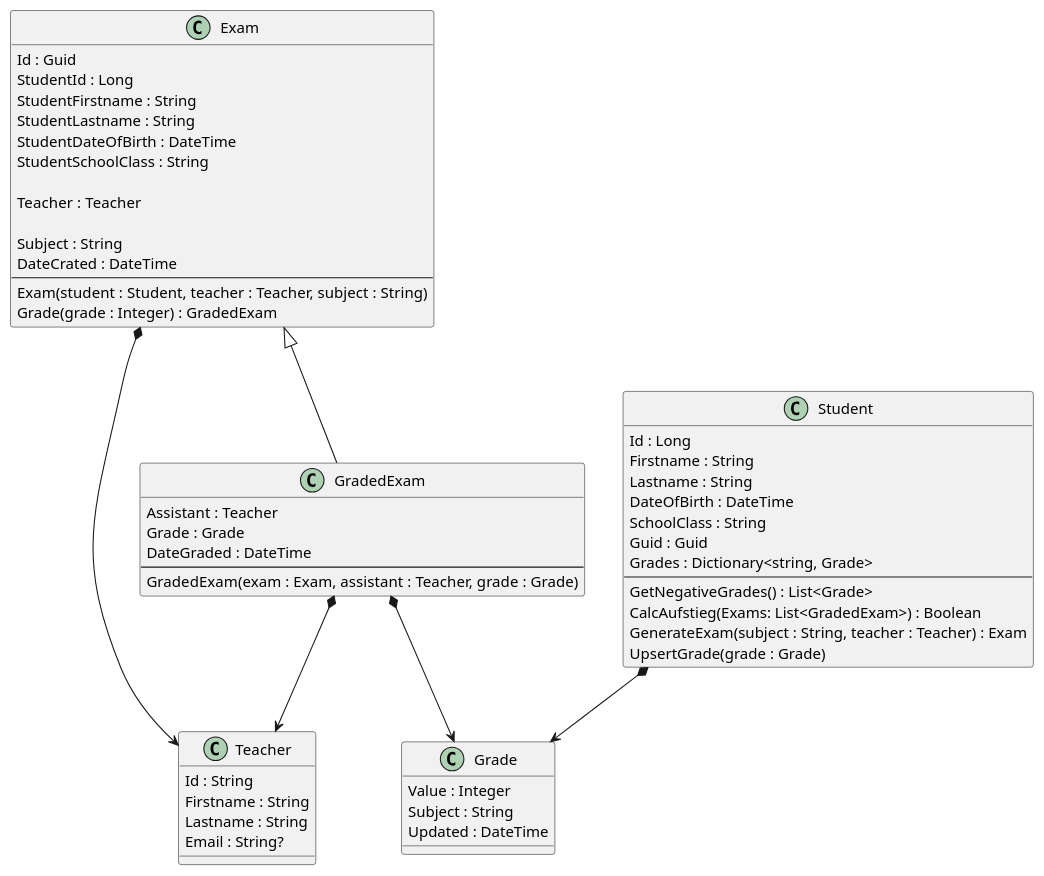
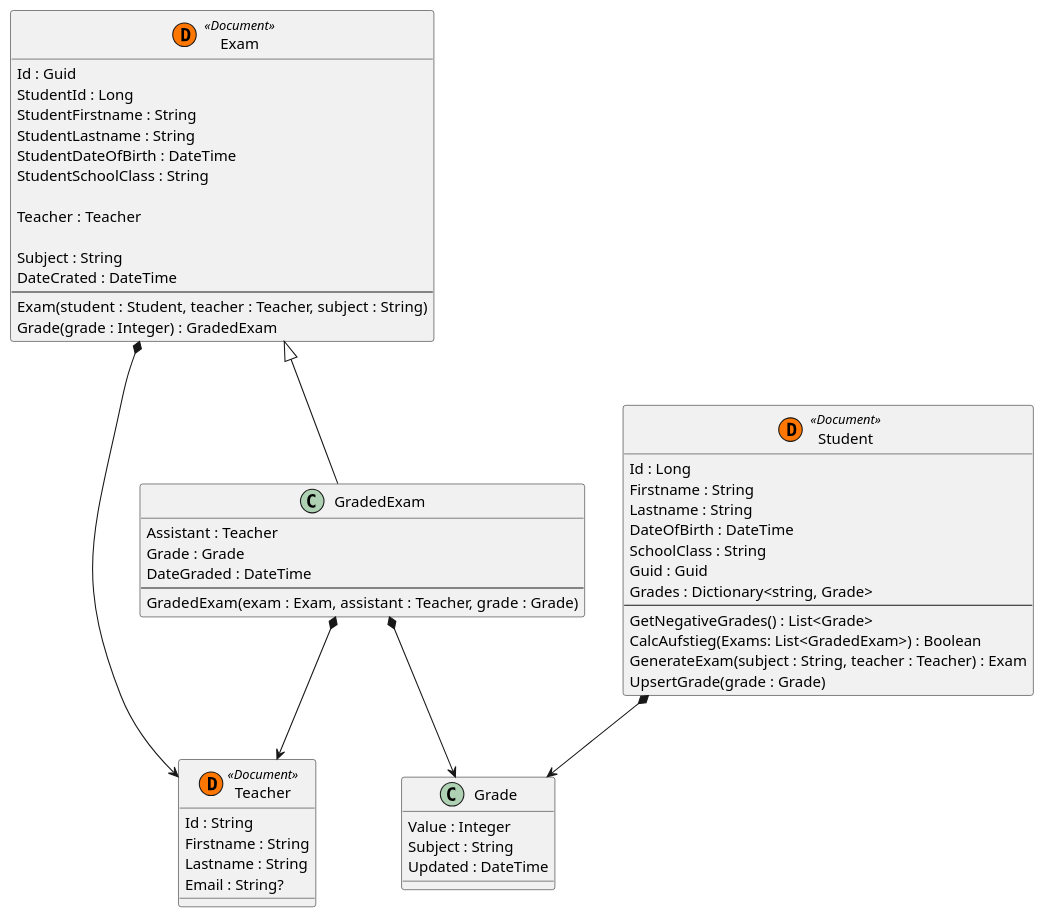
One commit to schletz/Dbi3Sem changed the diagram in 13_NoSQL/Projekt Pruefungsverwaltung/01 Modell.md. Above: the diagram before and after it, drawn with PlantUML. The commit also changed 2 other files, not shown here.

````diff
--- a/13_NoSQL/Projekt Pruefungsverwaltung/01 Modell.md
+++ b/13_NoSQL/Projekt Pruefungsverwaltung/01 Modell.md
@@ -25,61 +25,61 @@
 ```plantuml
 @startuml
-class Student {
+class Student <<(D,#FF7700) Document>> {
    Id : Long
    Firstname : String
    Lastname : String
    DateOfBirth : DateTime
    SchoolClass : String   
    Guid : Guid
    Grades : Dictionary<string, Grade>
    ---
    GetNegativeGrades() : List<Grade>
    CalcAufstieg(Exams: List<GradedExam>) : Boolean
    GenerateExam(subject : String, teacher : Teacher) : Exam
    UpsertGrade(grade : Grade)
 }
 
 class Grade {
     Value : Integer
     Subject : String
     Updated : DateTime
 }
-class Teacher {
+class Teacher <<(D,#FF7700) Document>> {
     Id : String
     Firstname : String
     Lastname : String
     Email : String?
 }
 
-class Exam {
+class Exam <<(D,#FF7700) Document>> {
     Id : Guid
     StudentId : Long
     StudentFirstname : String
     StudentLastname : String
     StudentDateOfBirth : DateTime
     StudentSchoolClass : String
 
     Teacher : Teacher
 
     Subject : String
     DateCrated : DateTime
     ---
     Exam(student : Student, teacher : Teacher, subject : String)
     Grade(grade : Integer) : GradedExam
 }
 
 class GradedExam {
     Assistant : Teacher
     Grade : Grade
     DateGraded : DateTime
     ---
     GradedExam(exam : Exam, assistant : Teacher, grade : Grade)
 }
 
 Exam *--> Teacher
 GradedExam *--> Teacher
 Student *--> Grade
 GradedExam -up-|> Exam
 GradedExam *--> Grade
 @enduml
 ```
````
